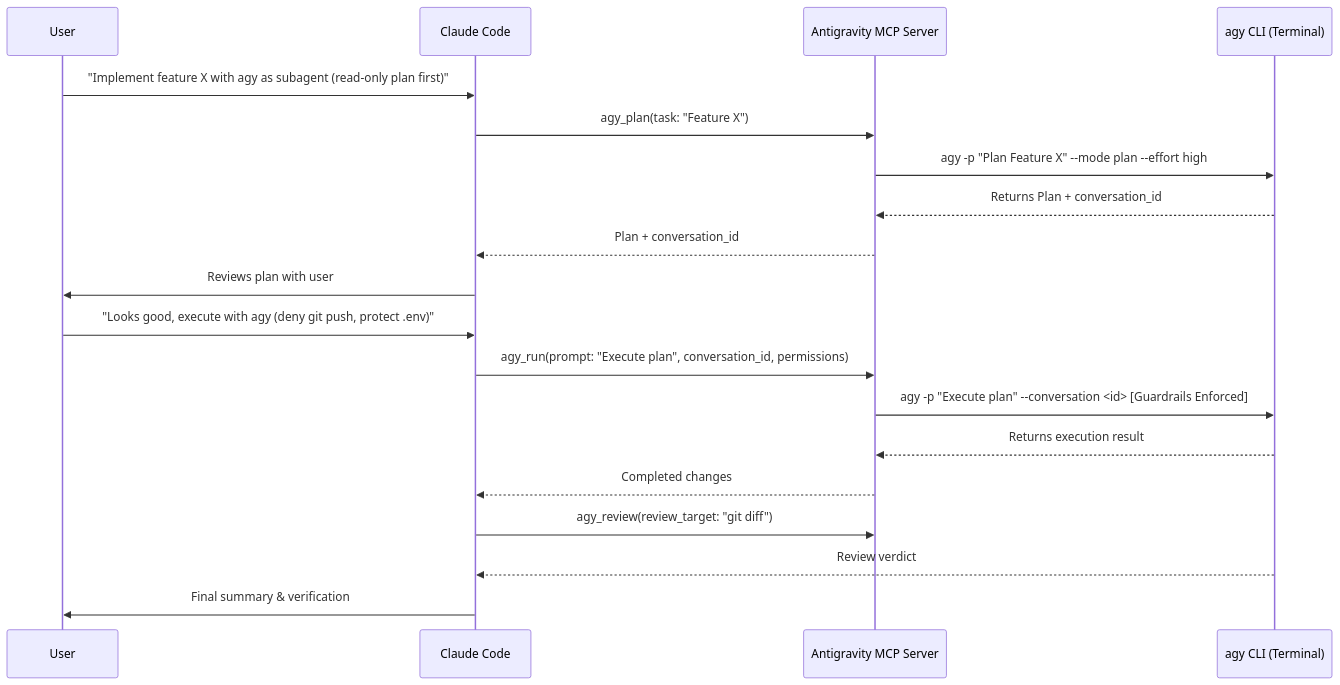
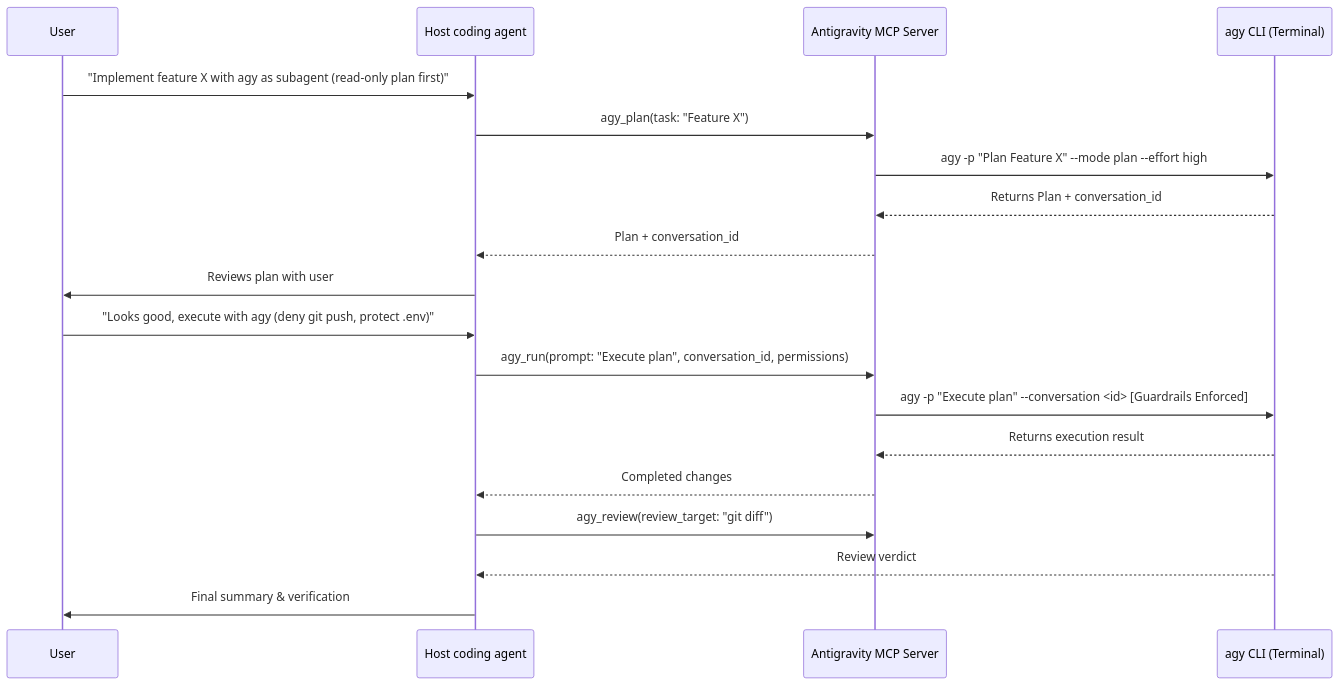
The diagram in skills/agy-cli/SKILL.md (KZvilla/claude-plugin-antigravity), drawn with Mermaid before and after one commit. The commit also changed other lines of this file and 12 other files, not shown here.

````diff
--- a/skills/agy-cli/SKILL.md
+++ b/skills/agy-cli/SKILL.md
@@ -182,22 +214,22 @@
 ```mermaid
 sequenceDiagram
     participant User
-    participant Claude as Claude Code
+    participant Host as Host coding agent
     participant MCP as Antigravity MCP Server
     participant AGY as agy CLI (Terminal)
 
-    User->>Claude: "Implement feature X with agy as subagent (read-only plan first)"
-    Claude->>MCP: agy_plan(task: "Feature X")
+    User->>Host: "Implement feature X with agy as subagent (read-only plan first)"
+    Host->>MCP: agy_plan(task: "Feature X")
     MCP->>AGY: agy -p "Plan Feature X" --mode plan --effort high
     AGY-->>MCP: Returns Plan + conversation_id
-    MCP-->>Claude: Plan + conversation_id
-    Claude->>User: Reviews plan with user
-    User->>Claude: "Looks good, execute with agy (deny git push, protect .env)"
-    Claude->>MCP: agy_run(prompt: "Execute plan", conversation_id, permissions)
+    MCP-->>Host: Plan + conversation_id
+    Host->>User: Reviews plan with user
+    User->>Host: "Looks good, execute with agy (deny git push, protect .env)"
+    Host->>MCP: agy_run(prompt: "Execute plan", conversation_id, permissions)
     MCP->>AGY: agy -p "Execute plan" --conversation <id> [Guardrails Enforced]
     AGY-->>MCP: Returns execution result
-    MCP-->>Claude: Completed changes
-    Claude->>MCP: agy_review(review_target: "git diff")
-    AGY-->>Claude: Review verdict
-    Claude->>User: Final summary & verification
+    MCP-->>Host: Completed changes
+    Host->>MCP: agy_review(review_target: "git diff")
+    AGY-->>Host: Review verdict
+    Host->>User: Final summary & verification
 ```
````
